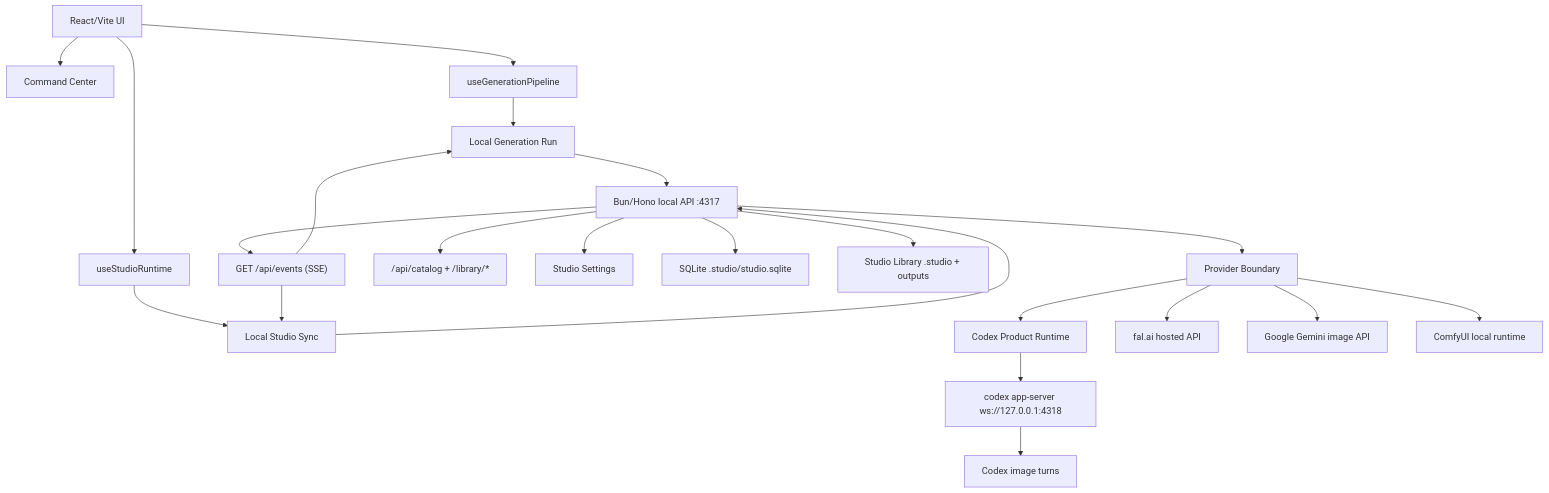
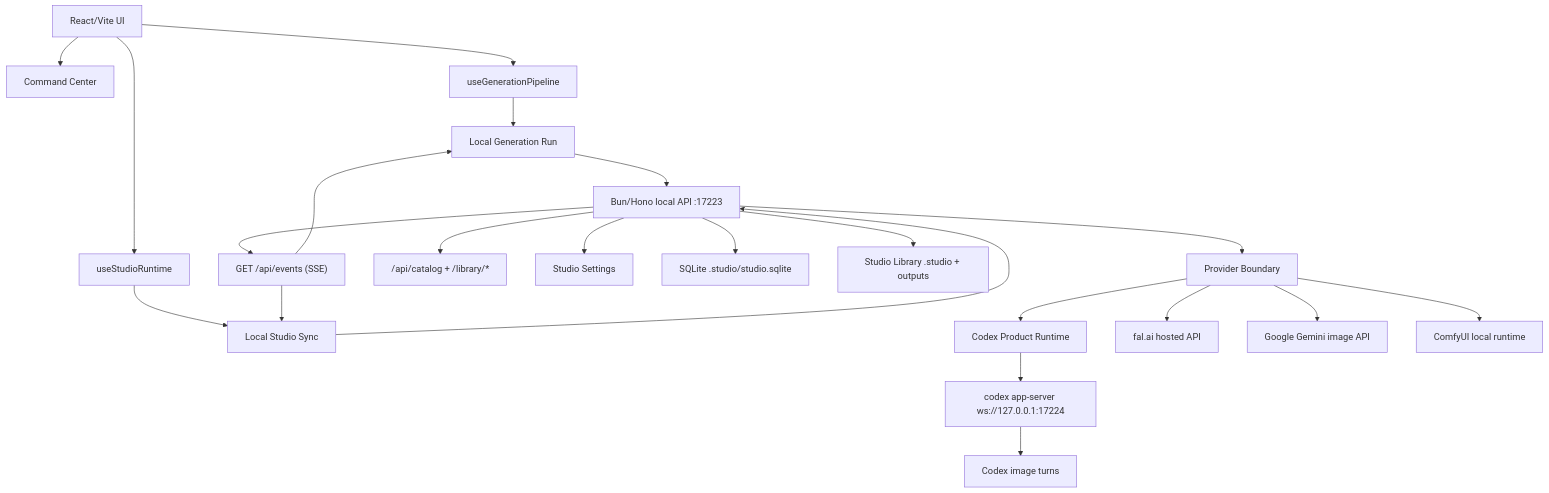
One commit to gvastethecreator/codex-studio changed the diagram in docs/ARCHITECTURE.md. Above: the diagram before and after it, drawn with Mermaid. The commit also changed other lines of this file and 38 other files, not shown here.

````diff
--- a/docs/ARCHITECTURE.md
+++ b/docs/ARCHITECTURE.md
@@ -7,24 +7,24 @@
 ```mermaid
 graph TD
     UI["React/Vite UI"] --> COMMAND["Command Center"]
     UI --> PIPE["useGenerationPipeline"]
     UI --> RUNTIME["useStudioRuntime"]
     PIPE --> RUN["Local Generation Run"]
     RUNTIME --> SYNC["Local Studio Sync"]
-    RUN --> API["Bun/Hono local API :4317"]
+    RUN --> API["Bun/Hono local API :17223"]
     SYNC --> API
     API --> EVENTS["GET /api/events (SSE)"]
     EVENTS --> RUN
     EVENTS --> SYNC
     API --> CATALOG["/api/catalog + /library/*"]
     API --> SETTINGS["Studio Settings"]
     API --> DB["SQLite .studio/studio.sqlite"]
     API --> LIB["Studio Library .studio + outputs"]
     API --> PROVIDERS["Provider Boundary"]
     PROVIDERS --> CODEX["Codex Product Runtime"]
-    CODEX --> CX["codex app-server ws://127.0.0.1:4318"]
+    CODEX --> CX["codex app-server ws://127.0.0.1:17224"]
     CX --> TURN["Codex image turns"]
     PROVIDERS --> FAL["fal.ai hosted API"]
     PROVIDERS --> GOOGLE["Google Gemini image API"]
     PROVIDERS --> COMFY["ComfyUI local runtime"]
 ```
````
